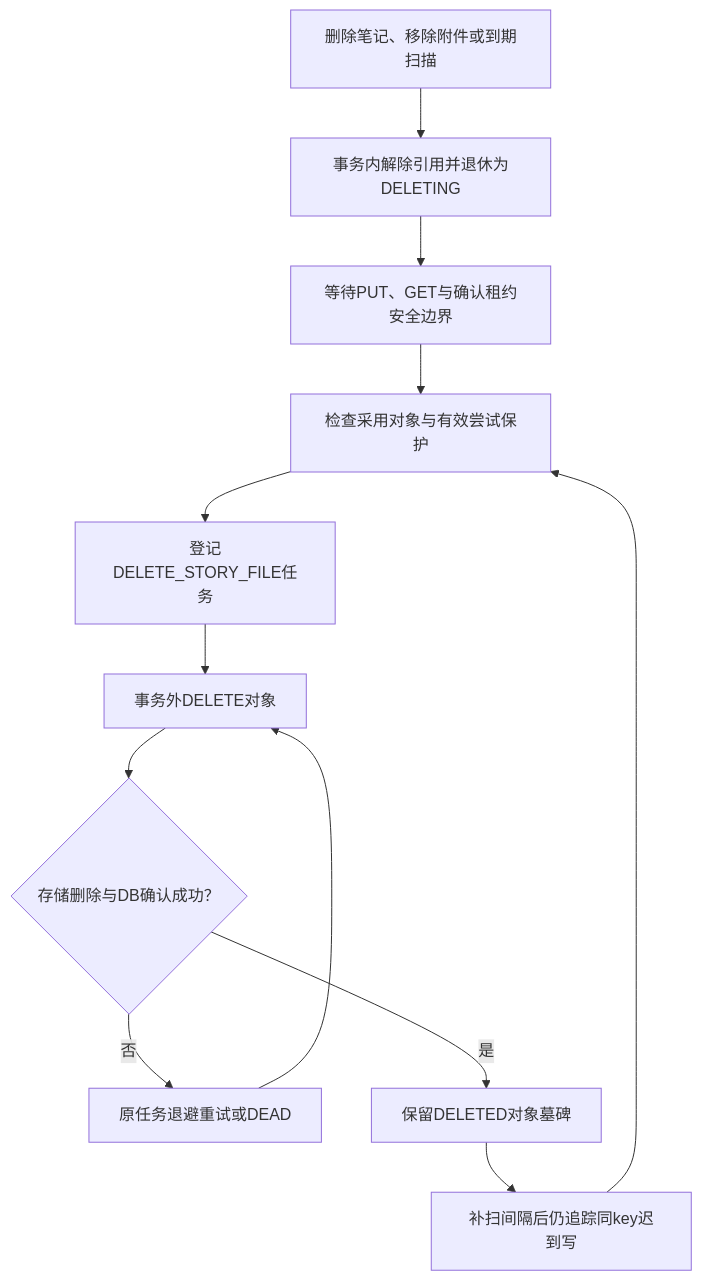
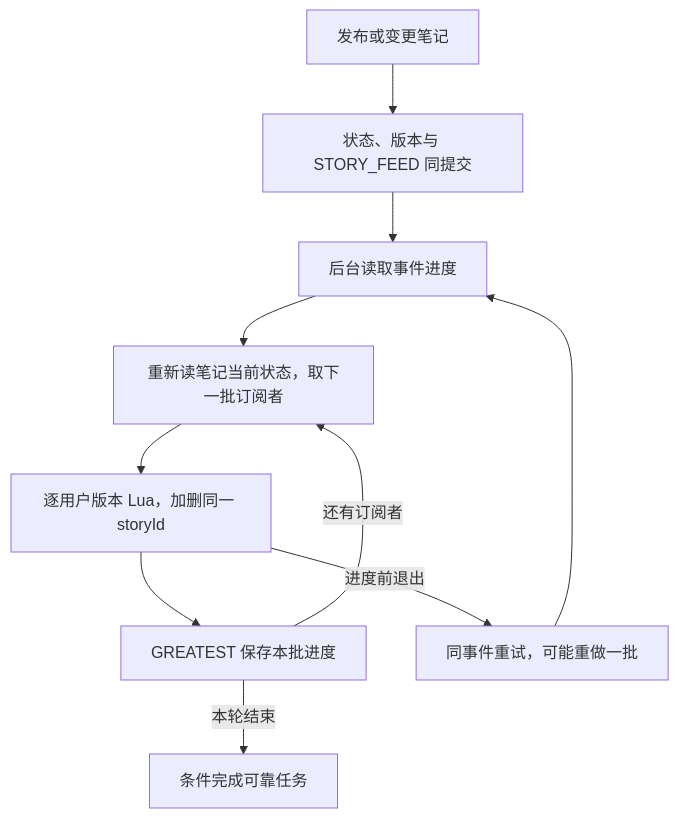
Before and after one commit to SyH-101/citypass-platform: the fourth of 6 diagrams in 03-活动笔记发布与文件管理.md, drawn with Mermaid. The commit also changed other lines of this file, not shown here.

Commit message:
docs: explain file lifecycle and feed recovery with aligned source annotations

````diff
--- a/03-活动笔记发布与文件管理.md
+++ b/03-活动笔记发布与文件管理.md
@@ -639,14 +913,12 @@
 ```mermaid
 flowchart TD
-    A["删除笔记、移除附件或到期扫描"] --> B["事务内解除引用并退休为DELETING"]
-    B --> C["等待PUT、GET与确认租约安全边界"]
-    C --> D["检查采用对象与有效尝试保护"]
-    D --> E["登记DELETE_STORY_FILE任务"]
-    E --> F["事务外DELETE对象"]
-    F --> G{"存储删除与DB确认成功？"}
-    G -->|否| H["原任务退避重试或DEAD"]
-    H --> F
-    G -->|是| I["保留DELETED对象墓碑"]
-    I --> J["补扫间隔后仍追踪同key迟到写"]
-    J --> D
+    A["发布或变更笔记"] --> B["状态、版本与 STORY_FEED 同提交"]
+    B --> C["后台读取事件进度"]
+    C --> D["重新读笔记当前状态，取下一批订阅者"]
+    D --> E["逐用户版本 Lua，加删同一 storyId"]
+    E --> F["GREATEST 保存本批进度"]
+    F -->|还有订阅者| D
+    E -->|进度前退出| R["同事件重试，可能重做一批"]
+    R --> C
+    F -->|本轮结束| G["条件完成可靠任务"]
 ```
````
